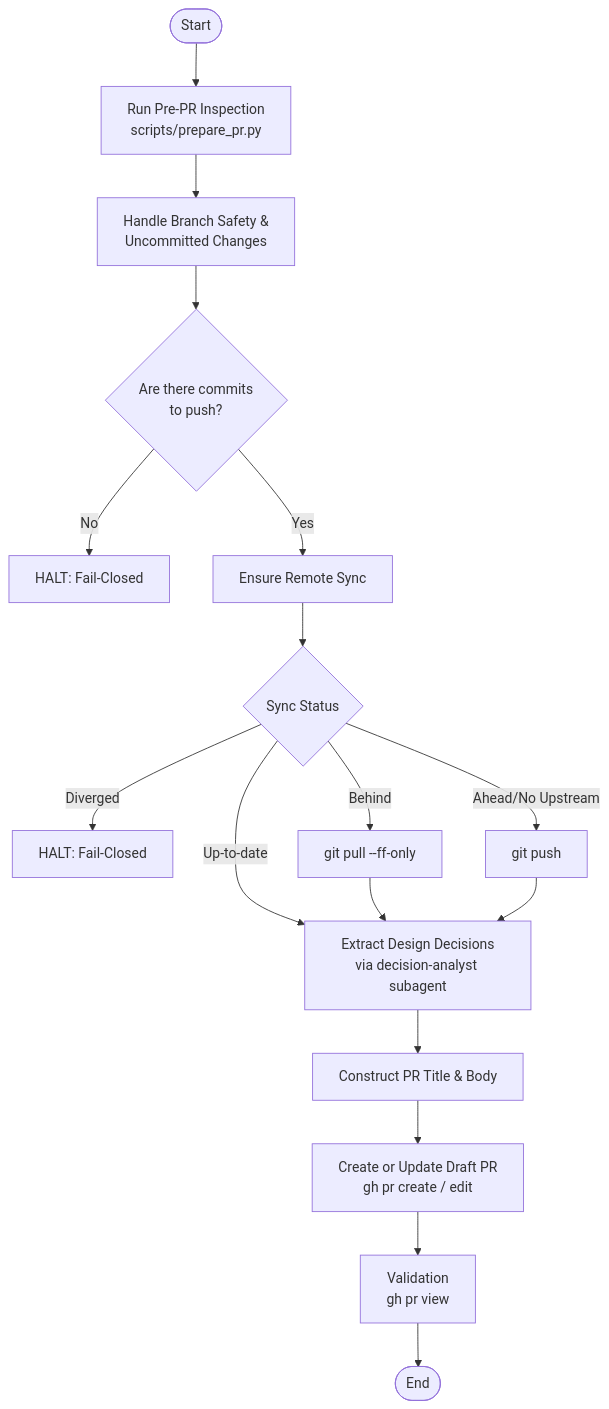
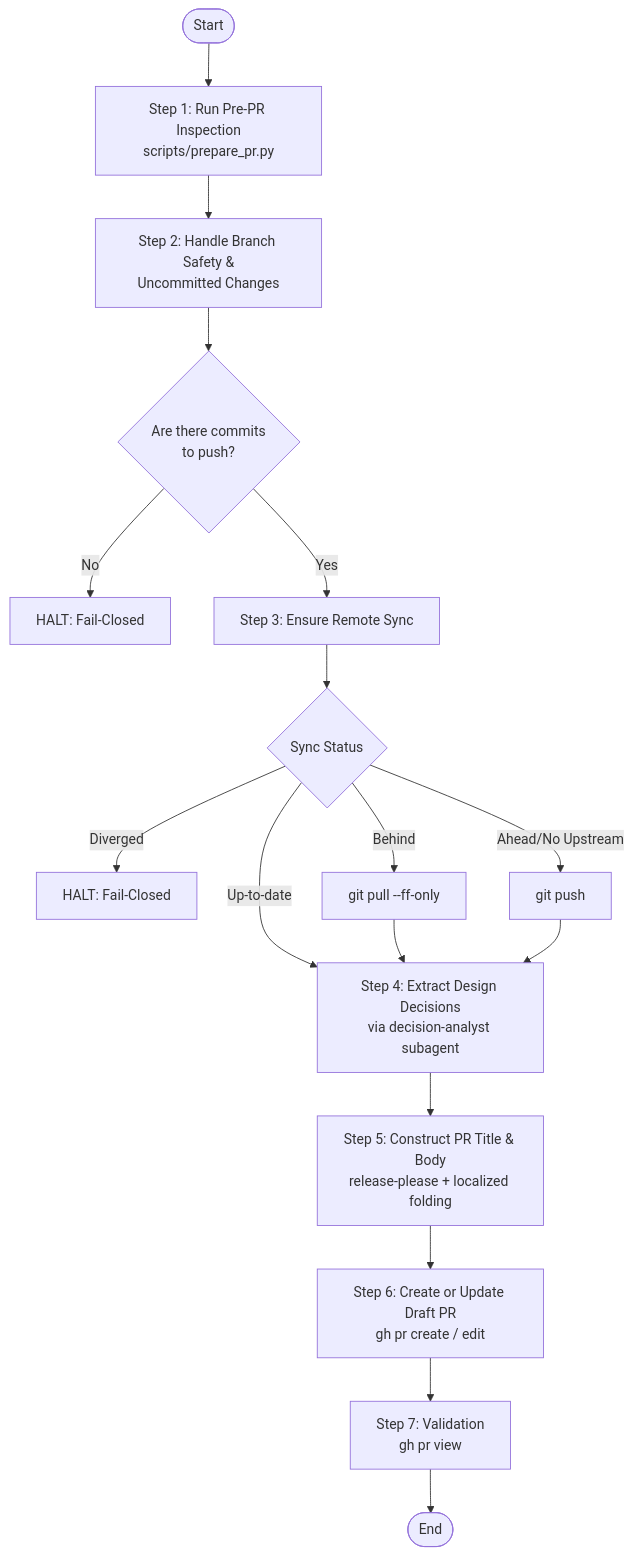
The diagram in plugins/swe-workflow/skills/drafting-pull-request/README.md (green-tea-stalk/swe-agent-skills), drawn with Mermaid before and after one commit. The commit also changed other lines of this file and 11 other files, not shown here.

````diff
--- a/plugins/swe-workflow/skills/drafting-pull-request/README.md
+++ b/plugins/swe-workflow/skills/drafting-pull-request/README.md
@@ -17,19 +55,19 @@
 ```mermaid
 graph TD
-    Start([Start]) --> Step1[Run Pre-PR Inspection<br>scripts/prepare_pr.py]
-    Step1 --> Step2[Handle Branch Safety &<br>Uncommitted Changes]
+    Start([Start]) --> Step1[Step 1: Run Pre-PR Inspection<br>scripts/prepare_pr.py]
+    Step1 --> Step2[Step 2: Handle Branch Safety &<br>Uncommitted Changes]
     Step2 --> CheckCommits{Are there commits<br>to push?}
     CheckCommits -- No --> Halt1[HALT: Fail-Closed]
-    CheckCommits -- Yes --> Step3[Ensure Remote Sync]
+    CheckCommits -- Yes --> Step3[Step 3: Ensure Remote Sync]
     Step3 --> SyncStatus{Sync Status}
     SyncStatus -- Diverged --> Halt2[HALT: Fail-Closed]
     SyncStatus -- Behind --> Pull[git pull --ff-only]
     SyncStatus -- Ahead/No Upstream --> Push[git push]
     SyncStatus -- Up-to-date --> Step4
     Pull --> Step4
     Push --> Step4
-    Step4[Extract Design Decisions<br>via decision-analyst subagent] --> Step5[Construct PR Title & Body]
-    Step5 --> Step6[Create or Update Draft PR<br>gh pr create / edit]
-    Step6 --> Step7[Validation<br>gh pr view]
+    Step4[Step 4: Extract Design Decisions<br>via decision-analyst subagent] --> Step5[Step 5: Construct PR Title & Body<br>release-please + localized folding]
+    Step5 --> Step6[Step 6: Create or Update Draft PR<br>gh pr create / edit]
+    Step6 --> Step7[Step 7: Validation<br>gh pr view]
     Step7 --> End([End])
 ```
````
